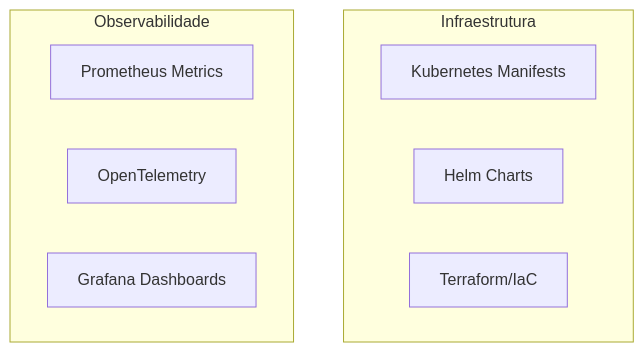
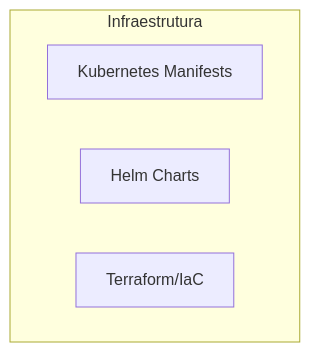
The third of 6 diagrams in docs/ROADMAP.md (nelson1987/desafio-cashflow), drawn with Mermaid before and after one commit. The commit also changed other lines of this file and 18 other files, not shown here.

````diff
--- a/docs/ROADMAP.md
+++ b/docs/ROADMAP.md
@@ -113,14 +127,8 @@
 ```mermaid
 flowchart TB
     subgraph Deploy["Infraestrutura"]
         K8s["Kubernetes Manifests"]
         Helm["Helm Charts"]
         Terraform["Terraform/IaC"]
     end
-    
-    subgraph Observability["Observabilidade"]
-        Metrics["Prometheus Metrics"]
-        Traces["OpenTelemetry"]
-        Dashboard["Grafana Dashboards"]
-    end
 ```
````
